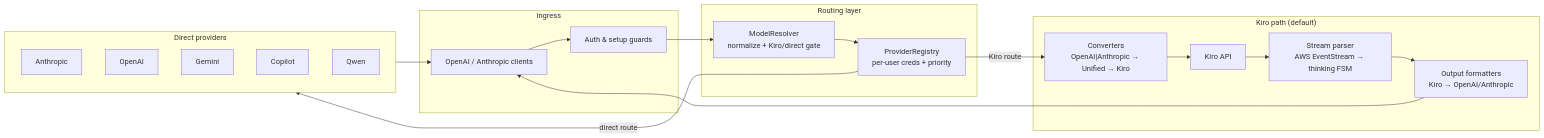
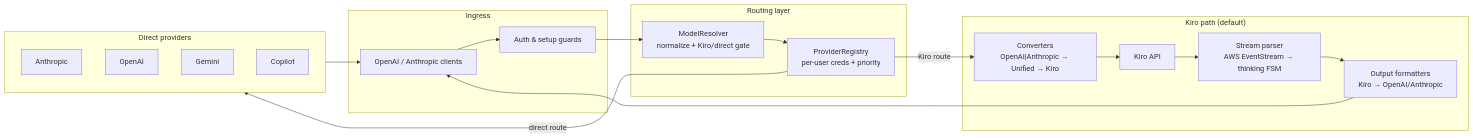
One commit to wongtsejian/rkgw changed the diagram in gh-pages/docs/architecture/converter-routing-summary.md. Above: the diagram before and after it, drawn with Mermaid. The commit also changed 63 other files, not shown here.

````diff
--- a/gh-pages/docs/architecture/converter-routing-summary.md
+++ b/gh-pages/docs/architecture/converter-routing-summary.md
@@ -7,33 +7,32 @@
 ```mermaid
 flowchart LR
     subgraph Ingress["Ingress"]
         Client["OpenAI / Anthropic clients"]
         Auth["Auth & setup guards"]
     end
 
     subgraph Routing["Routing layer"]
         ModelRes["ModelResolver\nnormalize + Kiro/direct gate"]
         ProvReg["ProviderRegistry\nper-user creds + priority"]
     end
 
     subgraph Direct["Direct providers"]
         AnthroP["Anthropic"]
         OaiP["OpenAI"]
         GeminiP["Gemini"]
         CopilotP["Copilot"]
-        QwenP["Qwen"]
     end
 
     subgraph KiroPath["Kiro path (default)"]
         Conv["Converters\nOpenAI|Anthropic → Unified → Kiro"]
         KiroAPI["Kiro API"]
         Stream["Stream parser\nAWS EventStream → thinking FSM"]
         OutFmt["Output formatters\nKiro → OpenAI/Anthropic"]
     end
 
     Client --> Auth --> ModelRes --> ProvReg
     ProvReg -->|direct route| Direct
     ProvReg -->|Kiro route| Conv --> KiroAPI --> Stream --> OutFmt
     Direct --> Client
     OutFmt --> Client
 ```
````
